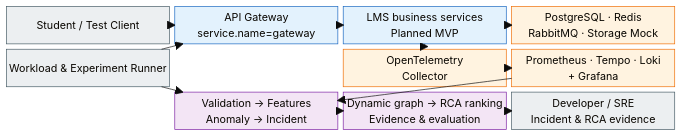
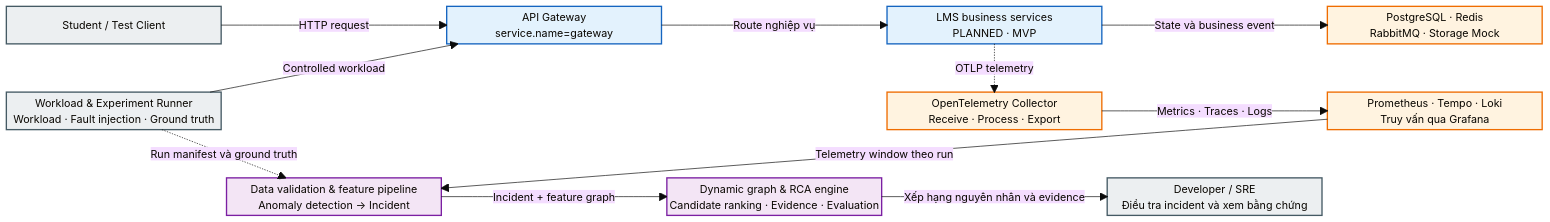
The diagram in docs/processed/architecture/diagrams/mvp-architecture-v1.mmd (Minhduc7904/DO_AN_TOT_NGHIEP), drawn with Mermaid before and after one commit. The commit also changed 33 other files, not shown here.

First line of the commit message:
Add system architecture diagrams for AIOps RCA project

```diff
--- a/docs/processed/architecture/diagrams/mvp-architecture-v1.mmd
+++ b/docs/processed/architecture/diagrams/mvp-architecture-v1.mmd
@@ -1,41 +1,34 @@
 ---
 title: MVP Target Architecture - AIOps RCA for Microservices
 config:
   theme: base
 ---
 block-beta
-    columns 4
-    CLIENT["Student / Test Client"]
-    GW["API Gateway\nservice.name=gateway"]
-    SERVICES["LMS business services\nPlanned MVP"]
-    DEPS["PostgreSQL · Redis\nRabbitMQ · Storage Mock"]
-    RUNNER["Workload & Experiment Runner"]
-    space
-    OTEL["OpenTelemetry\nCollector"]
-    STORES["Prometheus · Tempo · Loki\n+ Grafana"]
-    space
-    PIPELINE["Validation → Features\nAnomaly → Incident"]
-    RCA["Dynamic graph → RCA ranking\nEvidence & evaluation"]
-    USER["Developer / SRE\nIncident & RCA evidence"]
+    columns 7
 
-    CLIENT --> GW
-    RUNNER --> GW
-    GW --> SERVICES
-    SERVICES --> DEPS
-    SERVICES -.-> OTEL
-    OTEL --> STORES
-    STORES --> PIPELINE
-    RUNNER --> PIPELINE
-    PIPELINE --> RCA
-    RCA --> USER
+    CLIENT["Student / Test Client"] space GW["API Gateway<br/>service.name=gateway"] space SERVICES["LMS business services<br/>PLANNED · MVP"] space DEPS["PostgreSQL · Redis<br/>RabbitMQ · Storage Mock"]
+    space:7
+    RUNNER["Workload & Experiment Runner<br/>Workload · Fault injection · Ground truth"] space:3 OTEL["OpenTelemetry Collector<br/>Receive · Process · Export"] space STORES["Prometheus · Tempo · Loki<br/>Truy vấn qua Grafana"]
+    space:7
+    space PIPELINE["Data validation & feature pipeline<br/>Anomaly detection → Incident"] space RCA["Dynamic graph & RCA engine<br/>Candidate ranking · Evidence · Evaluation"] space USER["Developer / SRE<br/>Điều tra incident và xem bằng chứng"] space
 
-    style CLIENT fill:#ECEFF1,stroke:#455A64,color:#102027
-    style RUNNER fill:#ECEFF1,stroke:#455A64,color:#102027
-    style USER fill:#ECEFF1,stroke:#455A64,color:#102027
-    style GW fill:#E3F2FD,stroke:#1565C0,color:#0D47A1
-    style SERVICES fill:#E3F2FD,stroke:#1565C0,color:#0D47A1
-    style DEPS fill:#FFF3E0,stroke:#EF6C00,color:#7F2704
-    style OTEL fill:#FFF3E0,stroke:#EF6C00,color:#7F2704
-    style STORES fill:#FFF3E0,stroke:#EF6C00,color:#7F2704
-    style PIPELINE fill:#F3E5F5,stroke:#7B1FA2,color:#4A148C
-    style RCA fill:#F3E5F5,stroke:#7B1FA2,color:#4A148C
+    CLIENT -- "HTTP request" --> GW
+    RUNNER -- "Controlled workload" --> GW
+    GW -- "Route nghiệp vụ" --> SERVICES
+    SERVICES -- "State và business event" --> DEPS
+    SERVICES -. "OTLP telemetry" .-> OTEL
+    OTEL -- "Metrics · Traces · Logs" --> STORES
+    STORES -- "Telemetry window theo run" --> PIPELINE
+    RUNNER -. "Run manifest và ground truth" .-> PIPELINE
+    PIPELINE -- "Incident + feature graph" --> RCA
+    RCA -- "Xếp hạng nguyên nhân và evidence" --> USER
+
+    classDef actor fill:#ECEFF1,stroke:#455A64,color:#102027,stroke-width:2px
+    classDef lms fill:#E3F2FD,stroke:#1565C0,color:#0D47A1,stroke-width:2px
+    classDef telemetry fill:#FFF3E0,stroke:#EF6C00,color:#7F2704,stroke-width:2px
+    classDef analysis fill:#F3E5F5,stroke:#7B1FA2,color:#4A148C,stroke-width:2px
+
+    class CLIENT,RUNNER,USER actor
+    class GW,SERVICES lms
+    class DEPS,OTEL,STORES telemetry
+    class PIPELINE,RCA analysis
```
